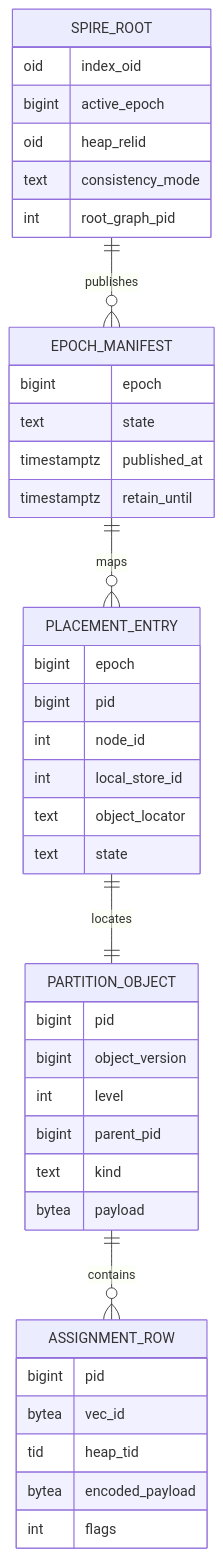
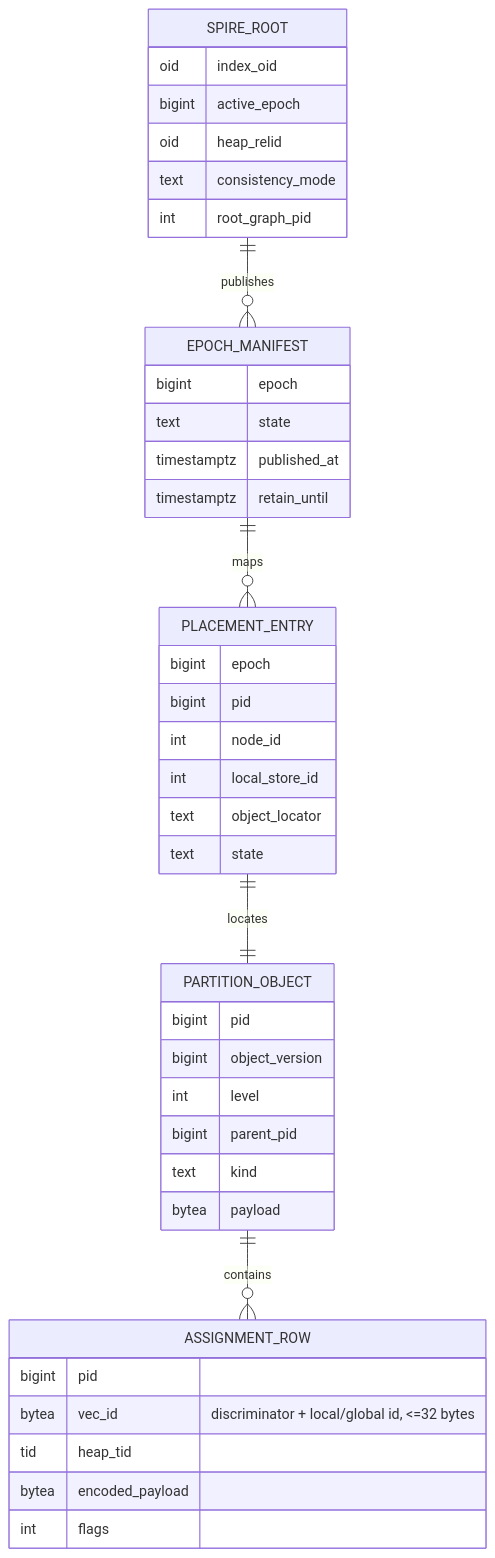
Before and after one commit to agent-ix/ecaz: the first of 2 diagrams in spec/functional/FR-038-spire-partition-object-storage.md, drawn with Mermaid. The commit also changed other lines of this file and 10 other files, not shown here.

````diff
--- a/spec/functional/FR-038-spire-partition-object-storage.md
+++ b/spec/functional/FR-038-spire-partition-object-storage.md
@@ -43,44 +45,44 @@
 ```mermaid
 erDiagram
     SPIRE_ROOT {
         oid index_oid
         bigint active_epoch
         oid heap_relid
         text consistency_mode
         int root_graph_pid
     }
     EPOCH_MANIFEST {
         bigint epoch
         text state
         timestamptz published_at
         timestamptz retain_until
     }
     PLACEMENT_ENTRY {
         bigint epoch
         bigint pid
         int node_id
         int local_store_id
         text object_locator
         text state
     }
     PARTITION_OBJECT {
         bigint pid
         bigint object_version
         int level
         bigint parent_pid
         text kind
         bytea payload
     }
     ASSIGNMENT_ROW {
         bigint pid
-        bytea vec_id
+        bytea vec_id "discriminator + local/global id, <=32 bytes"
         tid heap_tid
         bytea encoded_payload
         int flags
     }
 
     SPIRE_ROOT ||--o{ EPOCH_MANIFEST : publishes
     EPOCH_MANIFEST ||--o{ PLACEMENT_ENTRY : maps
     PLACEMENT_ENTRY ||--|| PARTITION_OBJECT : locates
     PARTITION_OBJECT ||--o{ ASSIGNMENT_ROW : contains
 ```
````
